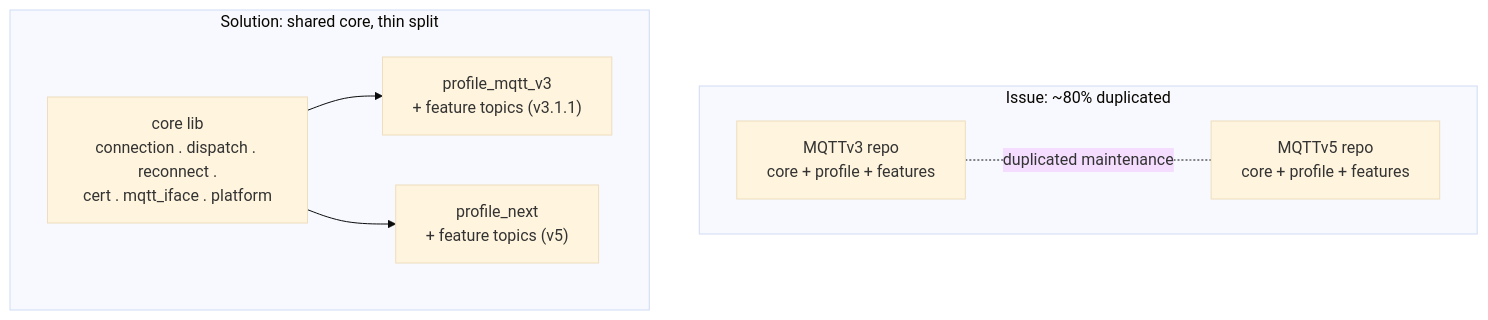
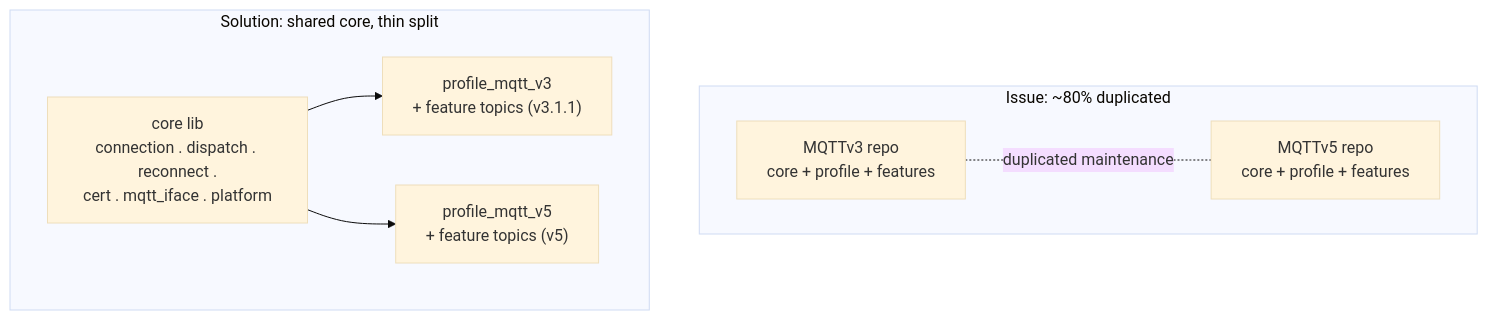
One commit to Azure/azure-iot-sdk changed the fifth of 20 diagrams in c/docs/eng/split-client.md. Above: the diagram before and after it, drawn with Mermaid (base theme). The commit also changed other lines of this file and 6 other files, not shown here.

````diff
--- a/c/docs/eng/split-client.md
+++ b/c/docs/eng/split-client.md
@@ -228,16 +228,16 @@
 ```mermaid
 flowchart TB
     subgraph ISSUE["Issue: ~80% duplicated"]
         D1["MQTTv3 repo<br/>core + profile + features"]
         D2["MQTTv5 repo<br/>core + profile + features"]
         D1 -. "duplicated maintenance" .- D2
     end
 
     subgraph FIX["Solution: shared core, thin split"]
         CORE["core lib<br/>connection . dispatch . reconnect .<br/>cert . mqtt_iface . platform"]
         PC["profile_mqtt_v3<br/>+ feature topics (v3.1.1)"]
-        PN["profile_next<br/>+ feature topics (v5)"]
+        PN["profile_mqtt_v5<br/>+ feature topics (v5)"]
         CORE --> PC
         CORE --> PN
     end
 ```
````
